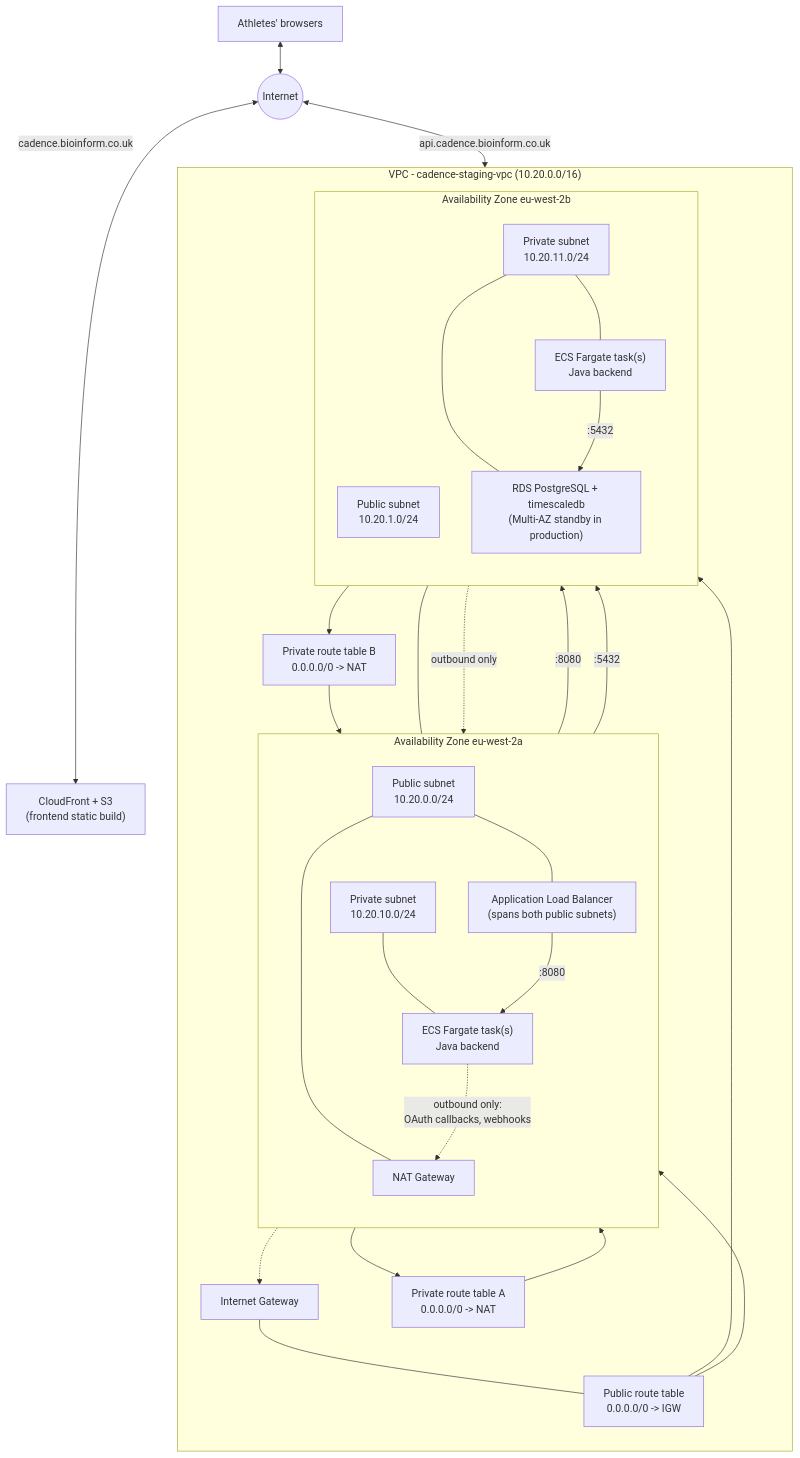
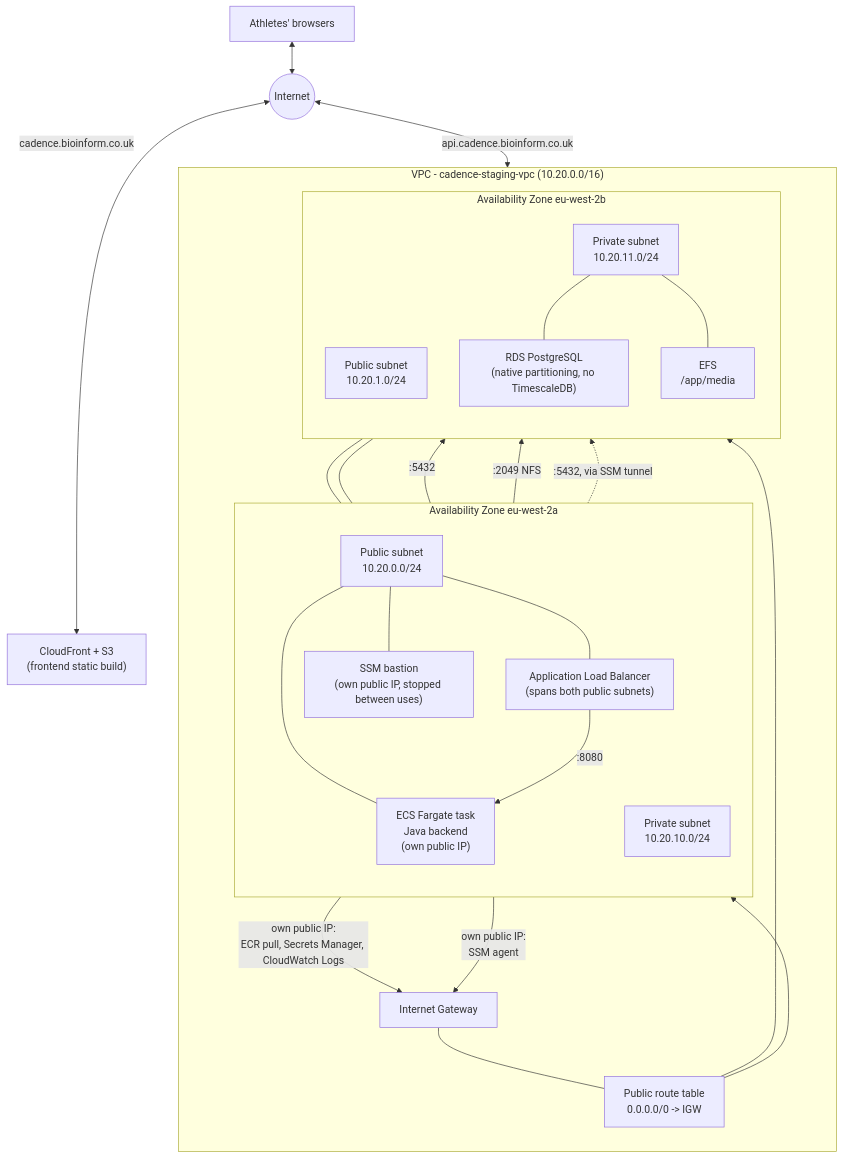
One commit to neilgoodgame/cadence changed the diagram in infra/NETWORK_ARCHITECTURE.md. Above: the diagram before and after it, drawn with Mermaid. The commit also changed other lines of this file and 8 other files, not shown here.

First line of the commit message:
infra: remove the NAT Gateway, give ECS + bastion public IPs instead

````diff
--- a/infra/NETWORK_ARCHITECTURE.md
+++ b/infra/NETWORK_ARCHITECTURE.md
@@ -24,58 +30,53 @@
 ```mermaid
 flowchart TB
     Internet((Internet))
     Users["Athletes' browsers"]
     Users <--> Internet
 
     CF["CloudFront + S3<br/>(frontend static build)"]
     Internet <-->|"cadence.bioinform.co.uk"| CF
 
     IGW[Internet Gateway]
     Internet <-->|"api.cadence.bioinform.co.uk"| IGW
 
     subgraph VPC["VPC - cadence-staging-vpc (10.20.0.0/16)"]
         direction TB
         PubRT["Public route table<br/>0.0.0.0/0 -> IGW"]
         IGW --- PubRT
 
         subgraph AZa["Availability Zone eu-west-2a"]
             direction TB
             PubA["Public subnet<br/>10.20.0.0/24"]
             ALB["Application Load Balancer<br/>(spans both public subnets)"]
-            NAT["NAT Gateway"]
+            ECSa["ECS Fargate task<br/>Java backend<br/>(own public IP)"]
+            Bastion["SSM bastion<br/>(own public IP, stopped between uses)"]
             PrivA["Private subnet<br/>10.20.10.0/24"]
-            ECSa["ECS Fargate task(s)<br/>Java backend"]
             PubA --- ALB
-            PubA --- NAT
-            PrivA --- ECSa
+            PubA --- ECSa
+            PubA --- Bastion
         end
 
         subgraph AZb["Availability Zone eu-west-2b"]
             direction TB
             PubB["Public subnet<br/>10.20.1.0/24"]
             PrivB["Private subnet<br/>10.20.11.0/24"]
-            ECSb["ECS Fargate task(s)<br/>Java backend"]
-            RDS["RDS PostgreSQL + timescaledb<br/>(Multi-AZ standby in production)"]
+            RDS["RDS PostgreSQL<br/>(native partitioning, no TimescaleDB)"]
+            EFS["EFS<br/>/app/media"]
             PubB --- ALB
-            PrivB --- ECSb
+            PrivA --- EFS
             PrivB --- RDS
+            PrivB --- EFS
         end
 
         PubRT --> PubA
         PubRT --> PubB
 
-        PrivRTa["Private route table A<br/>0.0.0.0/0 -> NAT"] --> NAT
-        PrivRTb["Private route table B<br/>0.0.0.0/0 -> NAT"] --> NAT
-        PrivA --> PrivRTa
-        PrivB --> PrivRTb
-
         ALB -->|":8080"| ECSa
-        ALB -->|":8080"| ECSb
         ECSa -->|":5432"| RDS
-        ECSb -->|":5432"| RDS
+        ECSa -->|":2049 NFS"| EFS
+        Bastion -.->|":5432, via SSM tunnel"| RDS
     end
 
-    ECSa -.->|"outbound only:<br/>OAuth callbacks, webhooks"| NAT
-    ECSb -.->|"outbound only"| NAT
-    NAT -.-> IGW
+    ECSa -->|"own public IP:<br/>ECR pull, Secrets Manager, CloudWatch Logs"| IGW
+    Bastion -->|"own public IP:<br/>SSM agent"| IGW
 ```
````
